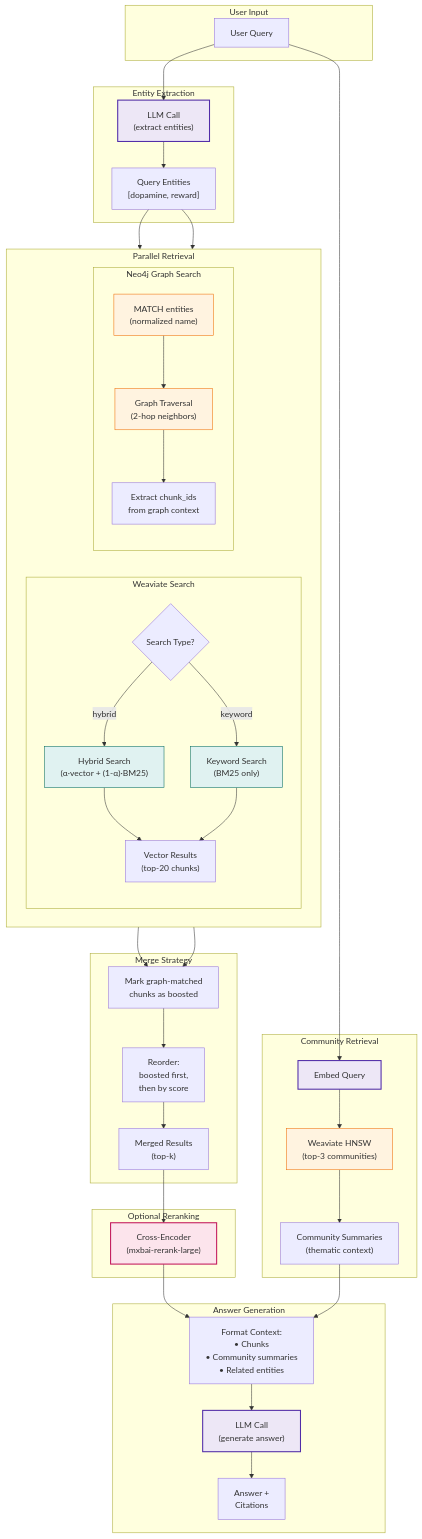
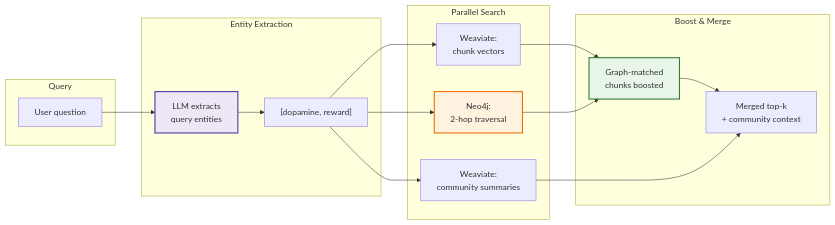
The second of 2 diagrams in docs/preprocessing/graphrag.md (crlsrmrlsz/rag1-mini), drawn with Mermaid before and after one commit. The commit also changed other lines of this file and 8 other files, not shown here.

````diff
--- a/docs/preprocessing/graphrag.md
+++ b/docs/preprocessing/graphrag.md
@@ -119,80 +47,31 @@
 ```mermaid
-flowchart TB
-    subgraph INPUT["User Input"]
-        QUERY["User Query"]
+flowchart LR
+    subgraph INPUT["Query"]
+        Q["User question"]
     end
 
-    subgraph ENTITY_EXT["Entity Extraction"]
-        LLM1["LLM Call<br/>(extract entities)"]
-        Q_ENT["Query Entities<br/>[dopamine, reward]"]
+    subgraph EXTRACT["Entity Extraction"]
+        LLM1["LLM extracts<br/>query entities"]
+        ENT["[dopamine, reward]"]
     end
 
-    subgraph PARALLEL["Parallel Retrieval"]
-        direction LR
-
-        subgraph WEAVIATE["Weaviate Search"]
-            direction TB
-            SEARCH_TYPE{"Search Type?"}
-            HYBRID["Hybrid Search<br/>(α·vector + (1-α)·BM25)"]
-            KEYWORD["Keyword Search<br/>(BM25 only)"]
-            VEC_RES["Vector Results<br/>(top-20 chunks)"]
-        end
-
-        subgraph NEO4J["Neo4j Graph Search"]
-            direction TB
-            MATCH["MATCH entities<br/>(normalized name)"]
-            TRAVERSE["Graph Traversal<br/>(2-hop neighbors)"]
-            CHUNK_IDS["Extract chunk_ids<br/>from graph context"]
-        end
+    subgraph PARALLEL["Parallel Search"]
+        VEC["Weaviate:<br/>chunk vectors"]
+        GRAPH["Neo4j:<br/>2-hop traversal"]
+        COMM["Weaviate:<br/>community summaries"]
     end
 
-    subgraph COMMUNITY["Community Retrieval"]
-        COMM_EMB["Embed Query"]
-        COMM_SEARCH["Weaviate HNSW<br/>(top-3 communities)"]
-        COMM_SUM["Community Summaries<br/>(thematic context)"]
+    subgraph MERGE["Boost & Merge"]
+        BOOST["Graph-matched<br/>chunks boosted"]
+        OUT["Merged top-k<br/>+ community context"]
     end
 
-    subgraph MERGE["Merge Strategy"]
-        BOOST["Mark graph-matched<br/>chunks as boosted"]
-        REORDER["Reorder:<br/>boosted first,<br/>then by score"]
-        MERGED["Merged Results<br/>(top-k)"]
-    end
+    Q --> LLM1 --> ENT
+    ENT --> VEC & GRAPH & COMM
+    VEC & GRAPH --> BOOST --> OUT
+    COMM --> OUT
 
-    subgraph RERANK["Optional Reranking"]
-        CE["Cross-Encoder<br/>(mxbai-rerank-large)"]
-    end
-
-    subgraph GENERATION["Answer Generation"]
-        CTX["Format Context:<br/>• Chunks<br/>• Community summaries<br/>• Related entities"]
-        LLM2["LLM Call<br/>(generate answer)"]
-        ANS["Answer +<br/>Citations"]
-    end
-
-    %% Flow
-    QUERY --> LLM1 --> Q_ENT
-    Q_ENT --> SEARCH_TYPE
-    SEARCH_TYPE -->|hybrid| HYBRID --> VEC_RES
-    SEARCH_TYPE -->|keyword| KEYWORD --> VEC_RES
-    Q_ENT --> MATCH --> TRAVERSE --> CHUNK_IDS
-
-    QUERY --> COMM_EMB --> COMM_SEARCH --> COMM_SUM
-
-    VEC_RES --> BOOST
-    CHUNK_IDS --> BOOST
-    BOOST --> REORDER --> MERGED
-
-    MERGED --> CE --> CTX
-    COMM_SUM --> CTX
-    CTX --> LLM2 --> ANS
-
-    %% Styling
     style LLM1 fill:#ede7f6,stroke:#512da8,stroke-width:2px
-    style LLM2 fill:#ede7f6,stroke:#512da8,stroke-width:2px
-    style COMM_EMB fill:#ede7f6,stroke:#512da8,stroke-width:2px
-    style CE fill:#fce4ec,stroke:#c2185b,stroke-width:2px
-    style HYBRID fill:#e0f2f1,stroke:#00695c
-    style KEYWORD fill:#e0f2f1,stroke:#00695c
-    style MATCH fill:#fff3e0,stroke:#ef6c00
-    style TRAVERSE fill:#fff3e0,stroke:#ef6c00
-    style COMM_SEARCH fill:#fff3e0,stroke:#ef6c00
+    style GRAPH fill:#fff3e0,stroke:#ef6c00,stroke-width:2px
+    style BOOST fill:#e8f5e9,stroke:#2e7d32,stroke-width:2px
 ```
````
